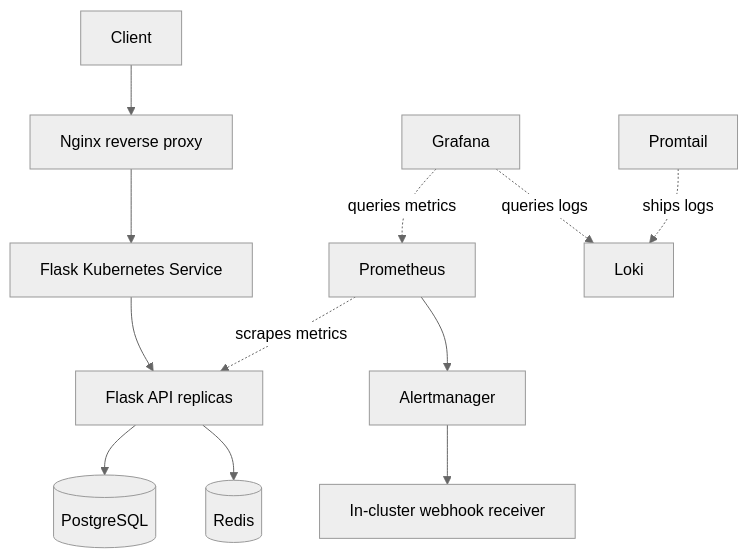
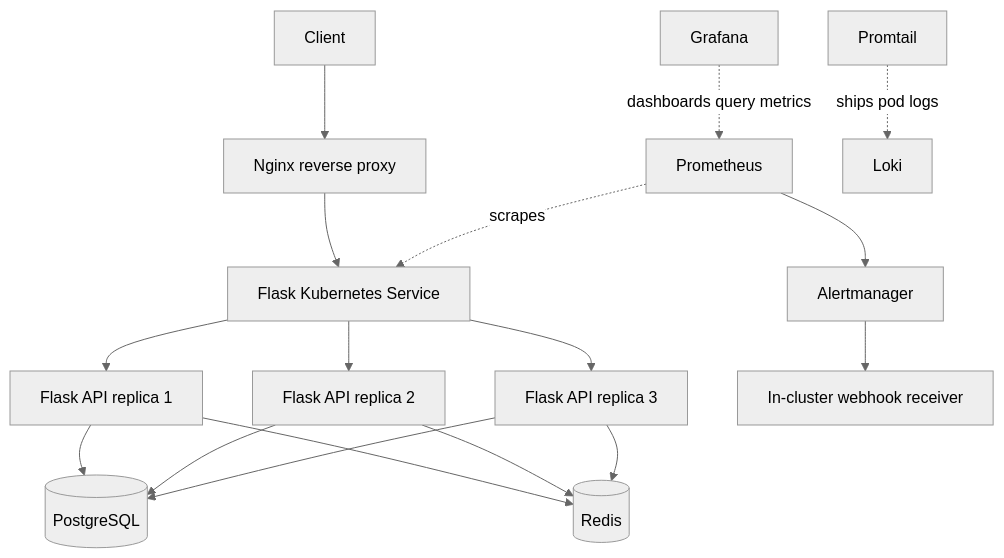
Before and after one commit to 2nothing4/ziad-devops-180: the first of 2 diagrams in README.md, drawn with Mermaid (neutral theme). The commit also changed other lines of this file, not shown here.

````diff
--- a/README.md
+++ b/README.md
@@ -59,16 +100,20 @@
 ```mermaid
-flowchart TD
-    U[Client] --> N[Nginx reverse proxy]
-    N --> S[Flask Kubernetes Service]
-    S --> A[Flask API replicas]
-    A --> P[(PostgreSQL)]
-    A --> R[(Redis)]
+flowchart TB
+    CLIENT[Client] --> NGINX[Nginx reverse proxy]
+    NGINX --> API_SVC[Flask Kubernetes Service]
+    API_SVC --> API1[Flask API replica 1]
+    API_SVC --> API2[Flask API replica 2]
+    API_SVC --> API3[Flask API replica 3]
+    API1 --> PG[(PostgreSQL)]
+    API2 --> PG
+    API3 --> PG
+    API1 --> REDIS[(Redis)]
+    API2 --> REDIS
+    API3 --> REDIS
 
-    PR[Prometheus] -. scrapes metrics .-> A
-    G[Grafana] -. queries metrics .-> PR
-    G -. queries logs .-> L[Loki]
-    PP[Promtail] -. ships logs .-> L
-
-    PR --> AM[Alertmanager]
-    AM --> WH[In-cluster webhook receiver]
+    PROM[Prometheus] -. scrapes .-> API_SVC
+    PROM --> AM[Alertmanager]
+    AM --> RECEIVER[In-cluster webhook receiver]
+    GRAFANA[Grafana] -. dashboards query metrics .-> PROM
+    PROMTAIL[Promtail] -. ships pod logs .-> LOKI[Loki]
 ```
````
